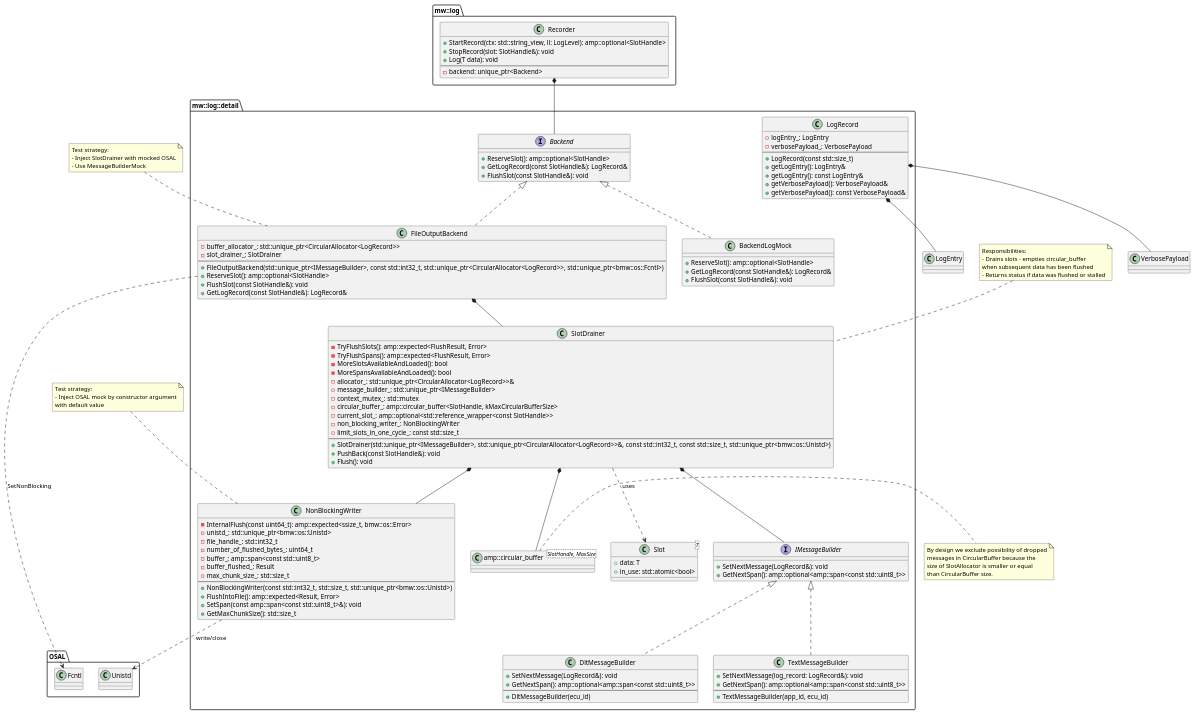
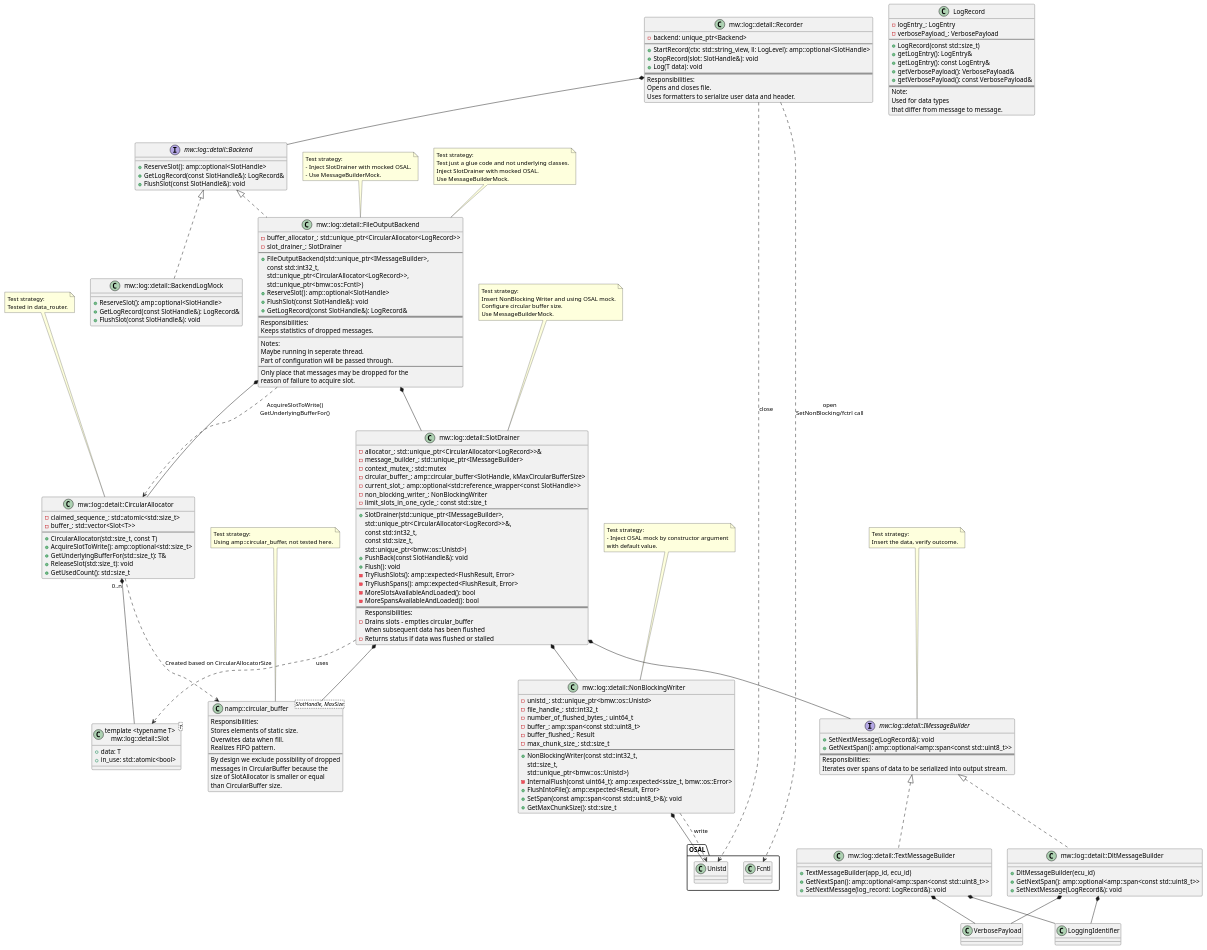
Before and after one commit to eclipse-score/inc_mw_log: the diagram in design/mw_log_file_backend.puml, drawn with PlantUML. The commit also changed 9 other files, not shown here.

Commit message:
more diagrams

```diff
--- a/design/mw_log_file_backend.puml
+++ b/design/mw_log_file_backend.puml
@@ -1,12 +1,7 @@
 @startuml mw_log_file_backend
+' set namespaceSeperator ::
 
-package "mw::log::detail" {
-
-class SlotDrainer {
-  -TryFlushSlots(): amp::expected<FlushResult, Error>
-  -TryFlushSpans(): amp::expected<FlushResult, Error>
-  -MoreSlotsAvailableAndLoaded(): bool
-  -MoreSpansAvailableAndLoaded(): bool
+class "mw::log::detail::SlotDrainer" as SlotDrainer {
   -allocator_: std::unique_ptr<CircularAllocator<LogRecord>>&
   -message_builder_: std::unique_ptr<IMessageBuilder>
   -context_mutex_: std::mutex
@@ -15,96 +10,150 @@
   -non_blocking_writer_: NonBlockingWriter
   -limit_slots_in_one_cycle_: const std::size_t
   --
-  +SlotDrainer(std::unique_ptr<IMessageBuilder>, std::unique_ptr<CircularAllocator<LogRecord>>&, const std::int32_t, const std::size_t, std::unique_ptr<bmw::os::Unistd>)
+  +SlotDrainer(std::unique_ptr<IMessageBuilder>,
+               std::unique_ptr<CircularAllocator<LogRecord>>&,
+               const std::int32_t,
+               const std::size_t,
+               std::unique_ptr<bmw::os::Unistd>)
   +PushBack(const SlotHandle&): void
   +Flush(): void
+  -TryFlushSlots(): amp::expected<FlushResult, Error>
+  -TryFlushSpans(): amp::expected<FlushResult, Error>
+  -MoreSlotsAvailableAndLoaded(): bool
+  -MoreSpansAvailableAndLoaded(): bool
+  ===
+  Responsibilities:
+  - Drains slots - empties circular_buffer
+  when subsequent data has been flushed
+  - Returns status if data was flushed or stalled
 }
 
-interface Backend {
+
+class "mw::log::detail::CircularAllocator" as CircularAllocator {
+-claimed_sequence_: std::atomic<std::size_t>
+-buffer_: std::vector<Slot<T>>
+---
++CircularAllocator(std::size_t, const T)
++AcquireSlotToWrite(): amp::optional<std::size_t>
++GetUnderlyingBufferFor(std::size_t): T&
++ReleaseSlot(std::size_t): void
++GetUsedCount(): std::size_t
+}
+
+interface "mw::log::detail::Backend" as Backend {
   +ReserveSlot(): amp::optional<SlotHandle>
   +GetLogRecord(const SlotHandle&): LogRecord&
   +FlushSlot(const SlotHandle&): void
 }
 
-class FileOutputBackend {
+class "mw::log::detail::FileOutputBackend" as FileOutputBackend {
   -buffer_allocator_: std::unique_ptr<CircularAllocator<LogRecord>>
   -slot_drainer_: SlotDrainer
-  --
-  +FileOutputBackend(std::unique_ptr<IMessageBuilder>, const std::int32_t, std::unique_ptr<CircularAllocator<LogRecord>>, std::unique_ptr<bmw::os::Fcntl>)
+  ---
+  +FileOutputBackend(std::unique_ptr<IMessageBuilder>,
+                     const std::int32_t,
+                     std::unique_ptr<CircularAllocator<LogRecord>>,
+                     std::unique_ptr<bmw::os::Fcntl>)
   +ReserveSlot(): amp::optional<SlotHandle>
   +FlushSlot(const SlotHandle&): void
   +GetLogRecord(const SlotHandle&): LogRecord&
+  ===
+  Responsibilities:
+  Keeps statistics of dropped messages.
+  ---
+  Notes:
+  Maybe running in seperate thread.
+  Part of configuration will be passed through.
+  ---
+  Only place that messages may be dropped for the
+  reason of failure to acquire slot.
 }
 
-class "Slot<T>" as Slot {
+class "template <typename T>\nmw::log::detail::Slot<T>" as Slot {
   +data: T
   +in_use: std::atomic<bool>
 }
 
-class NonBlockingWriter {
-  -InternalFlush(const uint64_t): amp::expected<ssize_t, bmw::os::Error>
+class "mw::log::detail::NonBlockingWriter" as NonBlockingWriter {
   -unistd_: std::unique_ptr<bmw::os::Unistd>
   -file_handle_: std::int32_t
   -number_of_flushed_bytes_: uint64_t
   -buffer_: amp::span<const std::uint8_t>
   -buffer_flushed_: Result
   -max_chunk_size_: std::size_t
-  --
-  +NonBlockingWriter(const std::int32_t, std::size_t, std::unique_ptr<bmw::os::Unistd>)
+  ---
+  +NonBlockingWriter(const std::int32_t,
+                     std::size_t,
+                     std::unique_ptr<bmw::os::Unistd>)
+  -InternalFlush(const uint64_t): amp::expected<ssize_t, bmw::os::Error>
   +FlushIntoFile(): amp::expected<Result, Error>
   +SetSpan(const amp::span<const std::uint8_t>&): void
   +GetMaxChunkSize(): std::size_t
 }
 
-class "amp::circular_buffer<SlotHandle, MaxSize>" as CircularBuffer {
+class "namp::circular_buffer<SlotHandle, MaxSize>" as CircularBuffer {
+Responsibilities:
+Stores elements of static size.
+Overwites data when fill.
+Realizes FIFO pattern.
+---
+By design we exclude possibility of dropped
+messages in CircularBuffer because the
+size of SlotAllocator is smaller or equal
+than CircularBuffer size.
 }
 
-interface IMessageBuilder {
+interface "mw::log::detail::IMessageBuilder" as IMessageBuilder {
   +SetNextMessage(LogRecord&): void
   +GetNextSpan(): amp::optional<amp::span<const std::uint8_t>>
+  ===
+  Responsibilities:
+  Iterates over spans of data to be serialized into output stream.
 }
 
-class DltMessageBuilder {
+class "mw::log::detail::DltMessageBuilder" as DltMessageBuilder {
+  +DltMessageBuilder(ecu_id)
+  +GetNextSpan(): amp::optional<amp::span<const std::uint8_t>>
   +SetNextMessage(LogRecord&): void
-  +GetNextSpan(): amp::optional<amp::span<const std::uint8_t>>
-  --
-  +DltMessageBuilder(ecu_id)
 }
 
-class TextMessageBuilder {
+class "mw::log::detail::TextMessageBuilder" as TextMessageBuilder {
+  +TextMessageBuilder(app_id, ecu_id)
+  +GetNextSpan(): amp::optional<amp::span<const std::uint8_t>>
   +SetNextMessage(log_record: LogRecord&): void
-  +GetNextSpan(): amp::optional<amp::span<const std::uint8_t>>
-  --
-  +TextMessageBuilder(app_id, ecu_id)
 }
 
 class LogRecord {
   -logEntry_: LogEntry
   -verbosePayload_: VerbosePayload
-  --
+  ---
   +LogRecord(const std::size_t)
   +getLogEntry(): LogEntry&
   +getLogEntry(): const LogEntry&
   +getVerbosePayload(): VerbosePayload&
   +getVerbosePayload(): const VerbosePayload&
+  ===
+  Note:
+  Used for data types
+  that differ from message to message.
 }
 
-class BackendLogMock {
+class "mw::log::detail::BackendLogMock" as BackendLogMock {
   +ReserveSlot(): amp::optional<SlotHandle>
   +GetLogRecord(const SlotHandle&): LogRecord&
   +FlushSlot(const SlotHandle&): void
 }
 
-}
-
-package "mw::log" {
-class Recorder {
+class "mw::log::detail::Recorder" as Recorder {
+  -backend: unique_ptr<Backend>
+  ---
   +StartRecord(ctx: std::string_view, ll: LogLevel): amp::optional<SlotHandle>
   +StopRecord(slot: SlotHandle&): void
   +Log(T data): void
-  --
-  -backend: unique_ptr<Backend>
-}
+  ===
+  Responsibilities:
+  Opens and closes file.
+  Uses formatters to serialize user data and header.
 }
 
 package "OSAL" {
@@ -119,44 +168,71 @@
 Backend <|.. BackendLogMock
 IMessageBuilder <|.. DltMessageBuilder
 IMessageBuilder <|.. TextMessageBuilder
+DltMessageBuilder  *-- VerbosePayload
+DltMessageBuilder  *-- LoggingIdentifier
+TextMessageBuilder *-- VerbosePayload
+TextMessageBuilder *-- LoggingIdentifier
 
 FileOutputBackend *-- SlotDrainer
+FileOutputBackend *-- CircularAllocator
+CircularAllocator "0..n" *-- Slot
+
+SlotDrainer *-- IMessageBuilder
 SlotDrainer *-- NonBlockingWriter
 SlotDrainer *-- CircularBuffer
-SlotDrainer *-- IMessageBuilder
+
+Recorder *-- Backend
+
+NonBlockingWriter *-- Unistd
+
 SlotDrainer ..> Slot : "uses"
 
-NonBlockingWriter ..> Unistd : "write/close"
-FileOutputBackend ..> Fcntl : "SetNonBlocking"
+Recorder ..> Unistd : "close"
+Recorder ..> Fcntl : "open\nSetNonBlocking/fctrl call"
 
-Recorder *-- Backend
-LogRecord *-- VerbosePayload
-LogRecord *-- LogEntry
+CircularAllocator ..> CircularBuffer: Created based on CircularAllocatorSize
+FileOutputBackend ..> CircularAllocator: "AcquireSlotToWrite()\nGetUnderlyingBufferFor()"
 
-note top of SlotDrainer
-  Responsibilities:
-  - Drains slots - empties circular_buffer
-  when subsequent data has been flushed
-  - Returns status if data was flushed or stalled
-end note
+NonBlockingWriter ..> Unistd: write
 
 note top of FileOutputBackend
   Test strategy:
-  - Inject SlotDrainer with mocked OSAL
-  - Use MessageBuilderMock
+  - Inject SlotDrainer with mocked OSAL.
+  - Use MessageBuilderMock.
 end note
 
 note top of NonBlockingWriter
   Test strategy:
   - Inject OSAL mock by constructor argument
-  with default value
+  with default value.
 end note
 
-note right of CircularBuffer
-  By design we exclude possibility of dropped
-  messages in CircularBuffer because the
-  size of SlotAllocator is smaller or equal
-  than CircularBuffer size.
+note top of IMessageBuilder
+  Test strategy:
+  Insert the data, verify outcome.
 end note
 
+note top of SlotDrainer
+  Test strategy:
+  Insert NonBlocking Writer and using OSAL mock.
+  Configure circular buffer size.
+  Use MessageBuilderMock.
+end note
+
+note top of CircularAllocator
+  Test strategy:
+  Tested in data_router.
+end note
+
+note top of CircularBuffer
+  Test strategy:
+  Using amp::circular_buffer, not tested here.
+end note
+
+note top of FileOutputBackend
+  Test strategy:
+  Test just a glue code and not underlying classes.
+  Inject SlotDrainer with mocked OSAL.
+  Use MessageBuilderMock.
+end note
 @enduml
```
